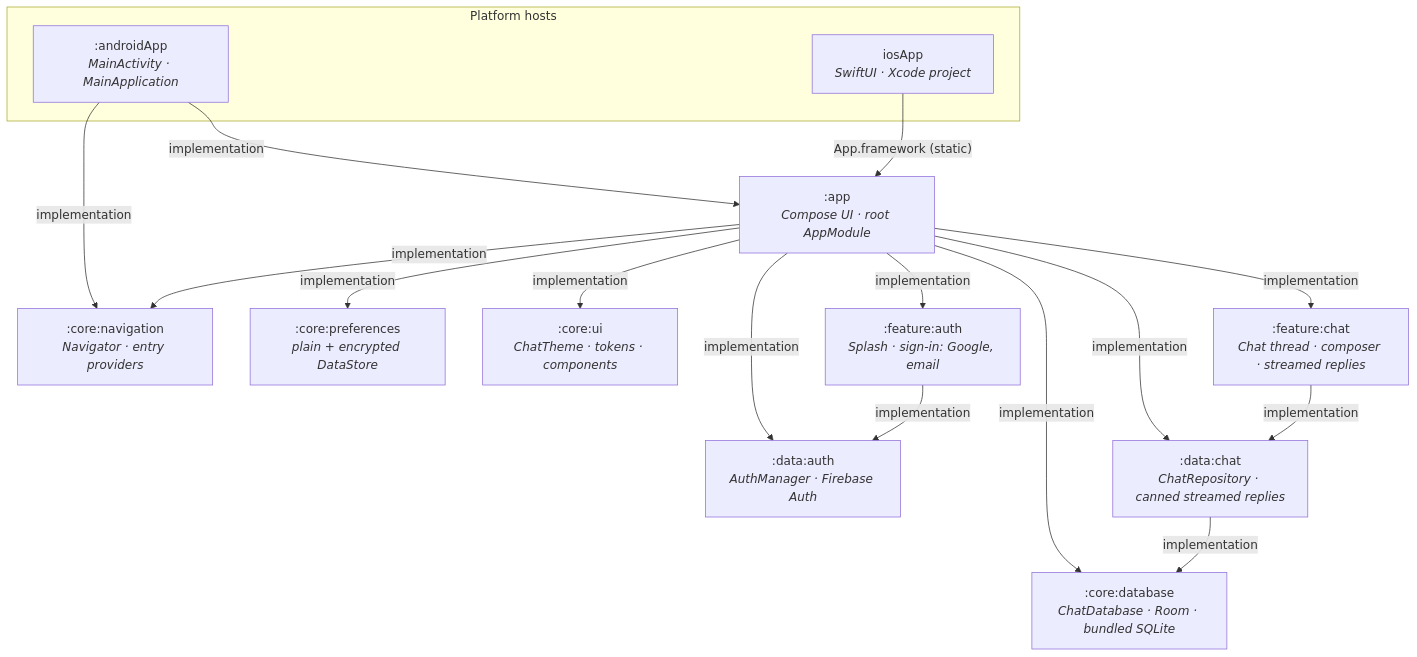
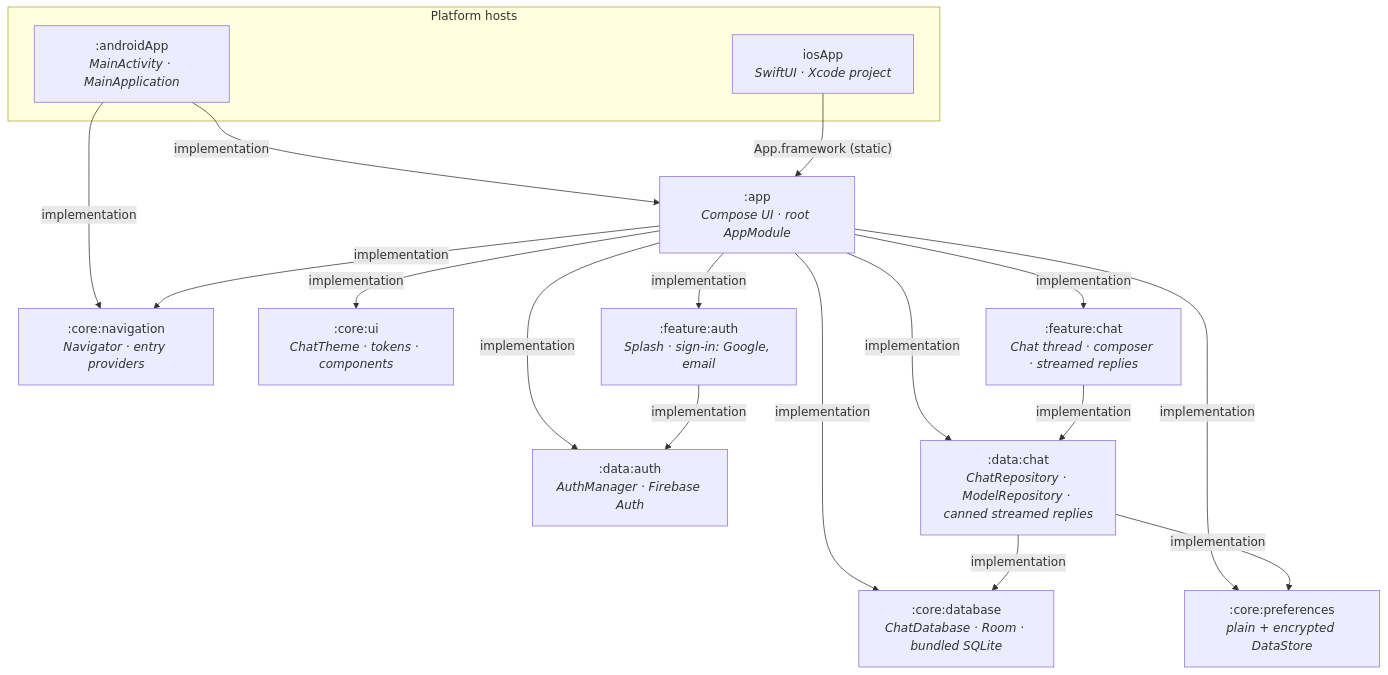
One commit to weslley-poatek/chat changed the diagram in README.md. Above: the diagram before and after it, drawn with Mermaid. The commit also changed other lines of this file and 24 other files, not shown here.

Commit message:
✨ feat: Add favorites, personas, the default model and a model choice per conversation to data:chat.

````diff
--- a/README.md
+++ b/README.md
@@ -85,32 +86,33 @@
 ```mermaid
 flowchart TD
     subgraph hosts ["Platform hosts"]
         androidApp[":androidApp<br/><i>MainActivity · MainApplication</i>"]
         iosApp["iosApp<br/><i>SwiftUI · Xcode project</i>"]
     end
 
     app[":app<br/><i>Compose UI · root AppModule</i>"]
     db[":core:database<br/><i>ChatDatabase · Room · bundled SQLite</i>"]
     nav[":core:navigation<br/><i>Navigator · entry providers</i>"]
     prefs[":core:preferences<br/><i>plain + encrypted DataStore</i>"]
     ui[":core:ui<br/><i>ChatTheme · tokens · components</i>"]
     featureAuth[":feature:auth<br/><i>Splash · sign-in: Google, email</i>"]
     featureChat[":feature:chat<br/><i>Chat thread · composer · streamed replies</i>"]
     dataAuth[":data:auth<br/><i>AuthManager · Firebase Auth</i>"]
-    dataChat[":data:chat<br/><i>ChatRepository · canned streamed replies</i>"]
+    dataChat[":data:chat<br/><i>ChatRepository · ModelRepository · canned streamed replies</i>"]
 
     androidApp -- "implementation" --> app
     androidApp -- "implementation" --> nav
     iosApp -- "App.framework (static)" --> app
     app -- "implementation" --> db
     app -- "implementation" --> nav
     app -- "implementation" --> prefs
     app -- "implementation" --> ui
     app -- "implementation" --> featureAuth
     app -- "implementation" --> featureChat
     app -- "implementation" --> dataAuth
     app -- "implementation" --> dataChat
     featureAuth -- "implementation" --> dataAuth
     featureChat -- "implementation" --> dataChat
     dataChat -- "implementation" --> db
+    dataChat -- "implementation" --> prefs
 ```
````
